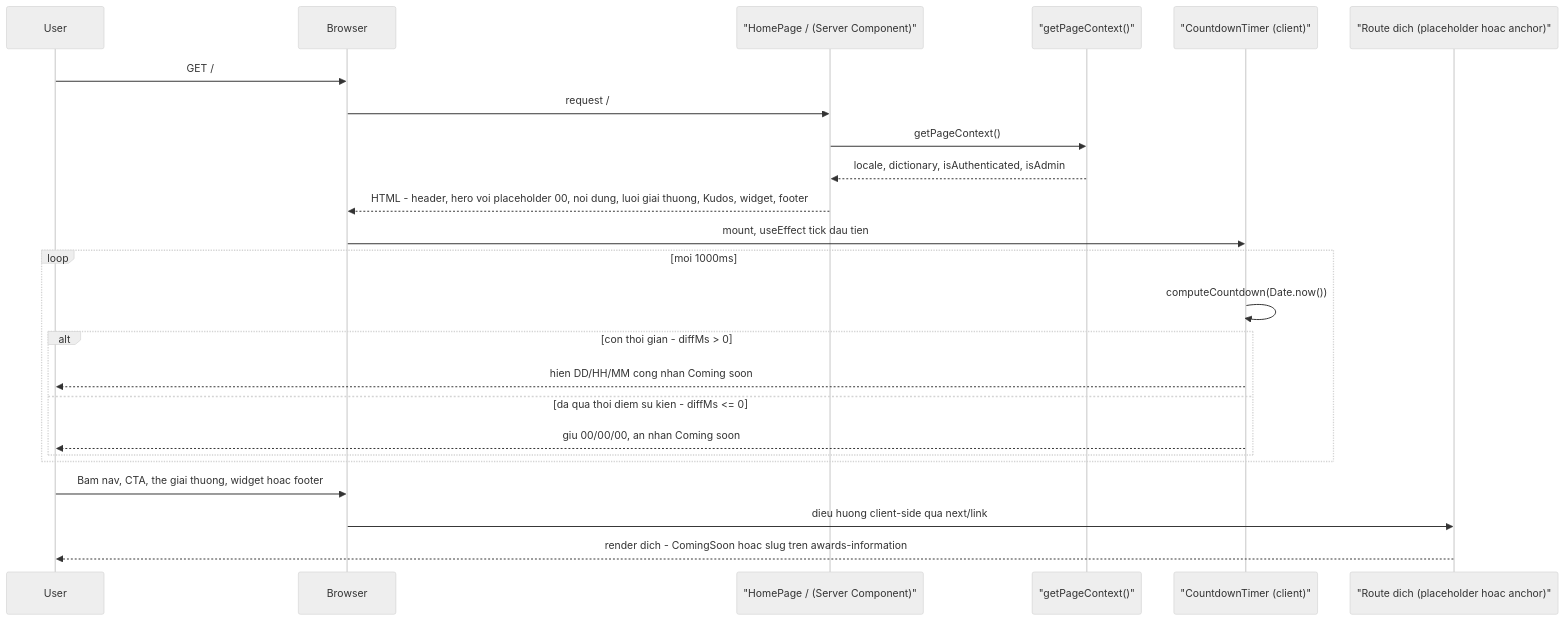
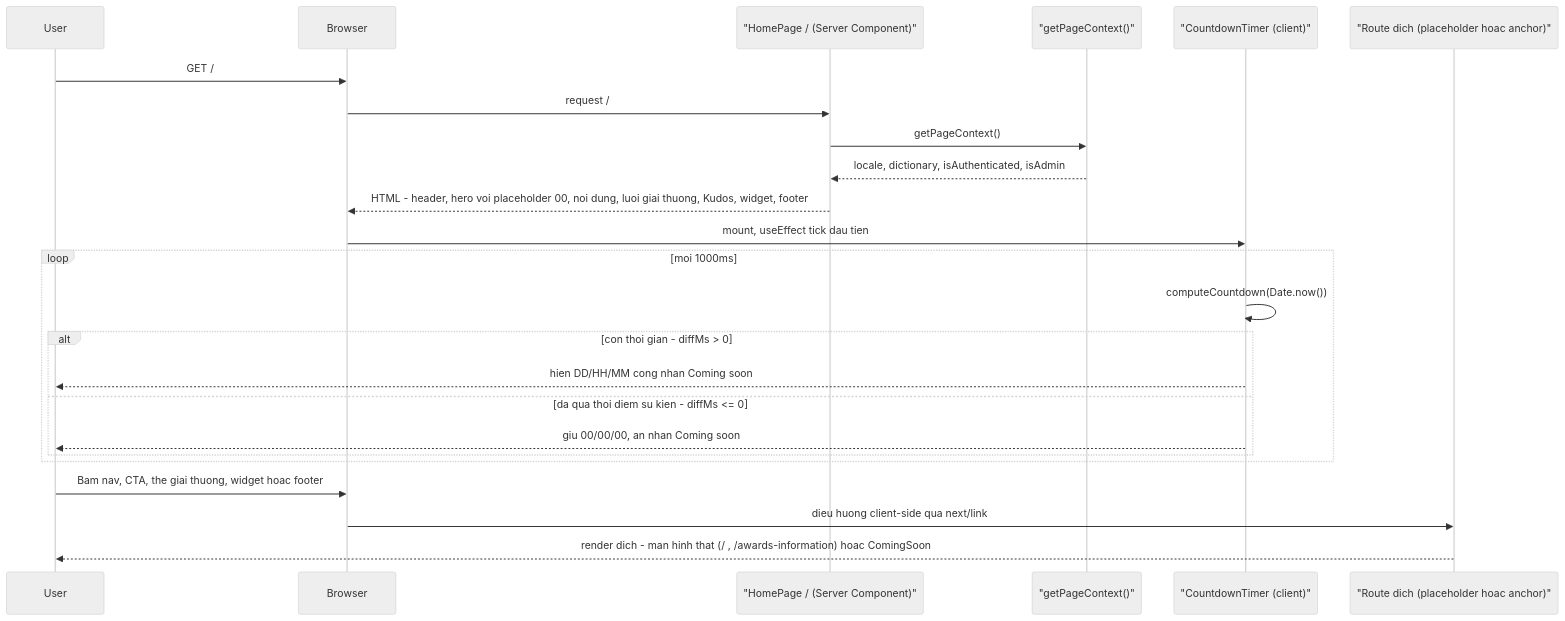
The diagram in docs/flows/homepage-browse-and-navigate.md (dungnv-2032/agentic-coding-hands-on), drawn with Mermaid (neutral theme) before and after one commit. The commit also changed other lines of this file and 23 other files, not shown here.

````diff
--- a/docs/flows/homepage-browse-and-navigate.md
+++ b/docs/flows/homepage-browse-and-navigate.md
@@ -18,27 +19,27 @@
 ```mermaid
 sequenceDiagram
     participant U as User
     participant B as Browser
     participant HP as "HomePage / (Server Component)"
     participant PC as "getPageContext()"
     participant CT as "CountdownTimer (client)"
     participant Dest as "Route dich (placeholder hoac anchor)"
 
     U->>B: GET /
     B->>HP: request /
     HP->>PC: getPageContext()
     PC-->>HP: locale, dictionary, isAuthenticated, isAdmin
     HP-->>B: HTML - header, hero voi placeholder 00, noi dung, luoi giai thuong, Kudos, widget, footer
     B->>CT: mount, useEffect tick dau tien
     loop moi 1000ms
         CT->>CT: computeCountdown(Date.now())
         alt con thoi gian - diffMs > 0
             CT-->>U: hien DD/HH/MM cong nhan Coming soon
         else da qua thoi diem su kien - diffMs <= 0
             CT-->>U: giu 00/00/00, an nhan Coming soon
         end
     end
     U->>B: Bam nav, CTA, the giai thuong, widget hoac footer
     B->>Dest: dieu huong client-side qua next/link
-    Dest-->>U: render dich - ComingSoon hoac slug tren awards-information
+    Dest-->>U: render dich - man hinh that (/ , /awards-information) hoac ComingSoon
 ```
````
